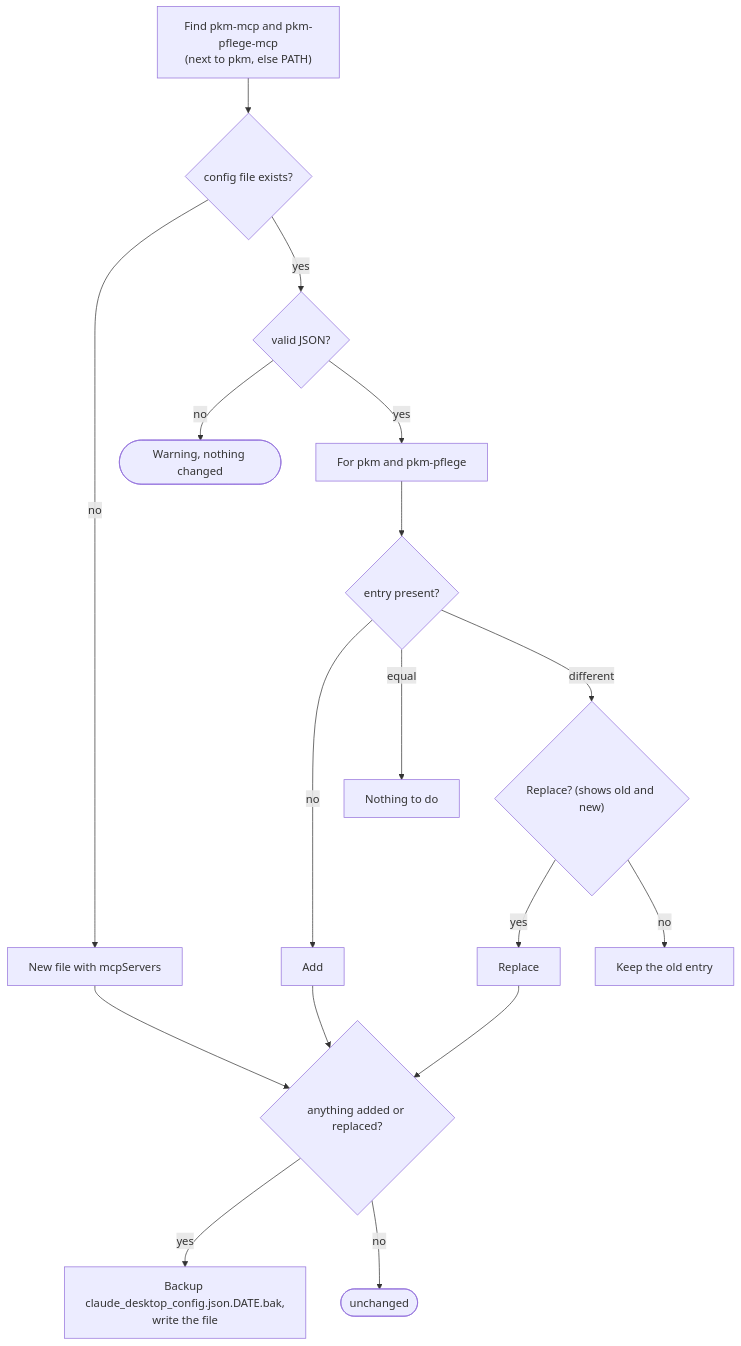
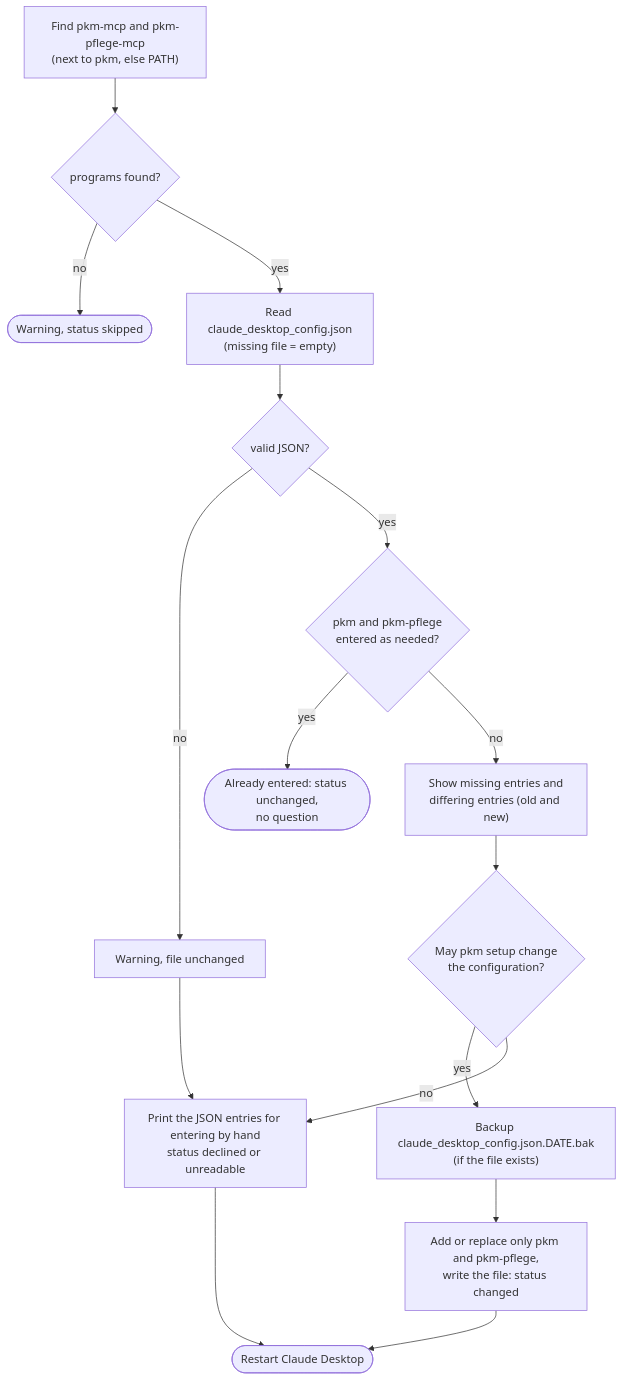
One commit to achim0x/pkm-llm-wiki changed the fifth of 7 diagrams in docs/architecture.md. Above: the diagram before and after it, drawn with Mermaid. The commit also changed other lines of this file and 8 other files, not shown here.

First line of the commit message:
pkm setup: check Claude Desktop entries first and ask before changing them

````diff
--- a/docs/architecture.md
+++ b/docs/architecture.md
@@ -248,19 +250,18 @@
 ```mermaid
 flowchart TD
-    A["Find pkm-mcp and pkm-pflege-mcp<br/>(next to pkm, else PATH)"] --> B{"config file exists?"}
-    B -- "no" --> N["New file with mcpServers"]
-    B -- "yes" --> P{"valid JSON?"}
-    P -- "no" --> W(["Warning, nothing changed"])
-    P -- "yes" --> L["For pkm and pkm-pflege"]
-    L --> Q{"entry present?"}
-    Q -- "no" --> ADD["Add"]
-    Q -- "equal" --> KEEP["Nothing to do"]
-    Q -- "different" --> ASK{"Replace? (shows old and new)"}
-    ASK -- "yes" --> REP["Replace"]
-    ASK -- "no" --> KEPT["Keep the old entry"]
-    ADD --> SAVE
-    REP --> SAVE{"anything added or replaced?"}
-    N --> SAVE
-    SAVE -- "yes" --> BAK["Backup claude_desktop_config.json.DATE.bak,<br/>write the file"]
-    SAVE -- "no" --> UNCH(["unchanged"])
+    A["Find pkm-mcp and pkm-pflege-mcp<br/>(next to pkm, else PATH)"] --> F{"programs found?"}
+    F -- "no" --> SK(["Warning, status skipped"])
+    F -- "yes" --> B["Read claude_desktop_config.json<br/>(missing file = empty)"]
+    B --> P{"valid JSON?"}
+    P -- "no" --> W["Warning, file unchanged"]
+    W --> MAN
+    P -- "yes" --> C{"pkm and pkm-pflege<br/>entered as needed?"}
+    C -- "yes" --> OK(["Already entered: status unchanged,<br/>no question"])
+    C -- "no" --> SHOW["Show missing entries and<br/>differing entries (old and new)"]
+    SHOW --> ASK{"May pkm setup change<br/>the configuration?"}
+    ASK -- "yes" --> BAK["Backup claude_desktop_config.json.DATE.bak<br/>(if the file exists)"]
+    BAK --> WR["Add or replace only pkm and pkm-pflege,<br/>write the file: status changed"]
+    ASK -- "no" --> MAN["Print the JSON entries for entering by hand<br/>status declined or unreadable"]
+    WR --> RS(["Restart Claude Desktop"])
+    MAN --> RS
 ```
````
